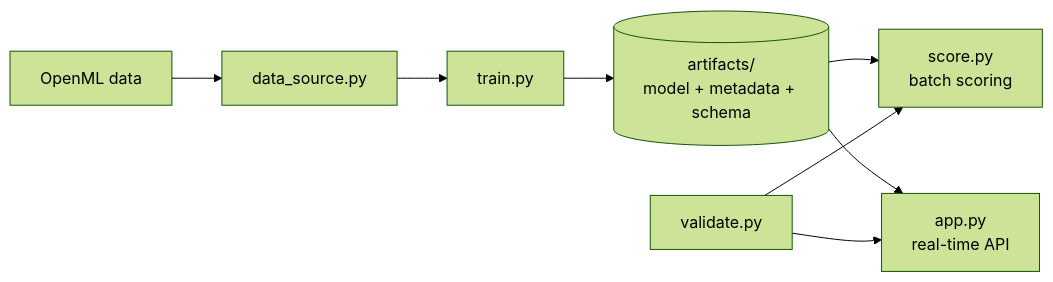
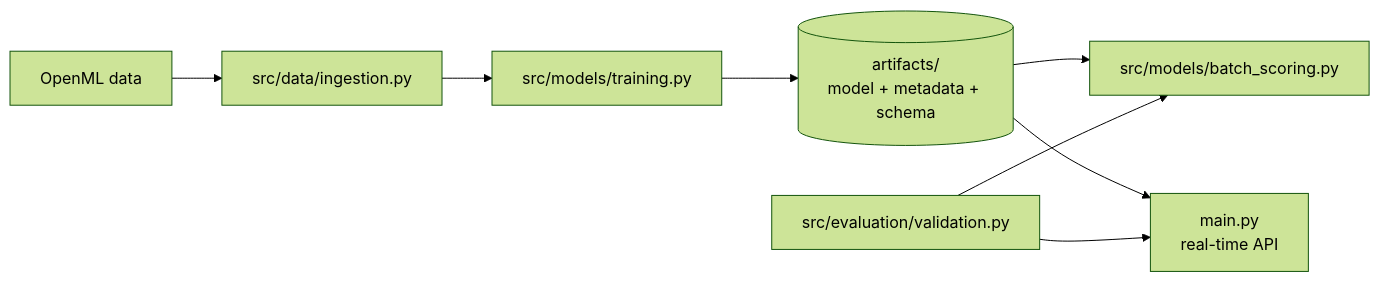
Before and after one commit to purirajan/auto-loan-credit-risk-mlops: the diagram in README.md, drawn with Mermaid (forest theme). The commit also changed other lines of this file and 35 other files, not shown here.

````diff
--- a/README.md
+++ b/README.md
@@ -24,10 +24,10 @@
 ```mermaid
 flowchart LR
-    A[OpenML data] --> B[data_source.py]
-    B --> C[train.py]
+    A[OpenML data] --> B[src/data/ingestion.py]
+    B --> C[src/models/training.py]
     C --> D[(artifacts/<br/>model + metadata + schema)]
-    D --> E[score.py<br/>batch scoring]
-    D --> F[app.py<br/>real-time API]
-    G[validate.py] --> E
+    D --> E[src/models/batch_scoring.py]
+    D --> F[main.py<br/>real-time API]
+    G[src/evaluation/validation.py] --> E
     G --> F
 ```
````
